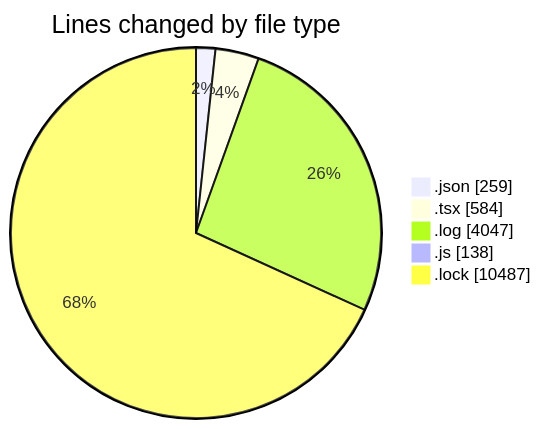
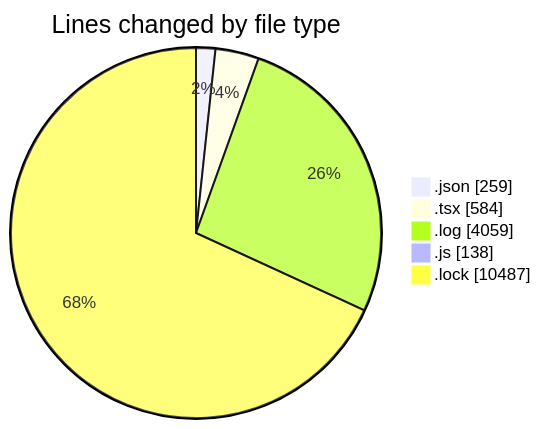
Before and after one commit to momahboobian/code-tracking: the first of 2 diagrams in 2026-03-24/cda/README.md, drawn with Mermaid. The commit also changed other lines of this file and 1 other file, not shown here.

````diff
--- a/2026-03-24/cda/README.md
+++ b/2026-03-24/cda/README.md
@@ -28,9 +28,9 @@
 ```mermaid
 pie showData
 title Lines changed by file type
 ".json" : 259
 ".tsx" : 584
-".log" : 4047
+".log" : 4059
 ".js" : 138
 ".lock" : 10487
 ```
````
